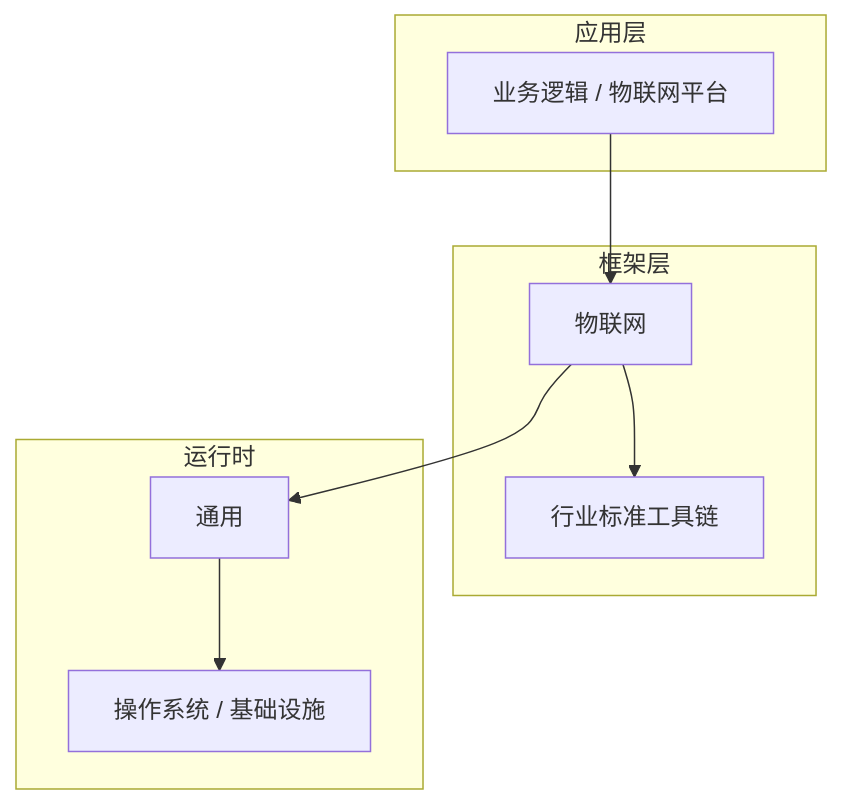
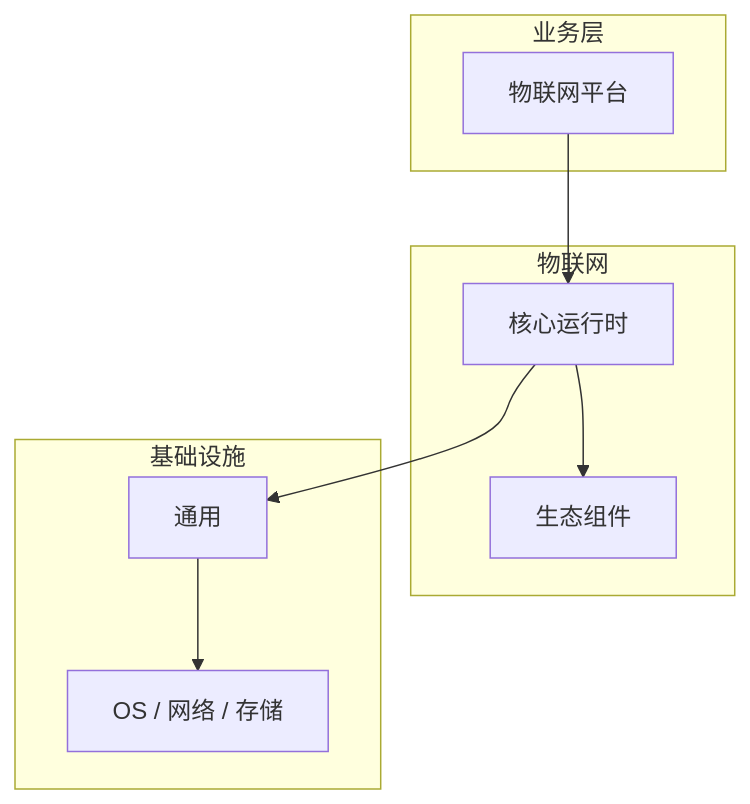
Before and after one commit to yanggan2015/knowledge-json-v2: the diagram in articles/物联网/chapters/046-物联网平台核心概念与原理.md, drawn with Mermaid. The commit also changed other lines of this file and 10127 other files, not shown here.

````diff
--- a/articles/物联网/chapters/046-物联网平台核心概念与原理.md
+++ b/articles/物联网/chapters/046-物联网平台核心概念与原理.md
@@ -45,18 +30,18 @@
 ```mermaid
 graph TB
-    subgraph 应用层
-        A[业务逻辑 / 物联网平台]
+    subgraph 业务层
+        A[物联网平台]
     end
-    subgraph 框架层
-        B[物联网]
-        C[行业标准工具链]
+    subgraph 物联网
+        B[核心运行时]
+        C[生态组件]
     end
-    subgraph 运行时
+    subgraph 基础设施
         D[通用]
-        E[操作系统 / 基础设施]
+        E[OS / 网络 / 存储]
     end
     A --> B
     B --> C
     B --> D
     D --> E
 ```
````
